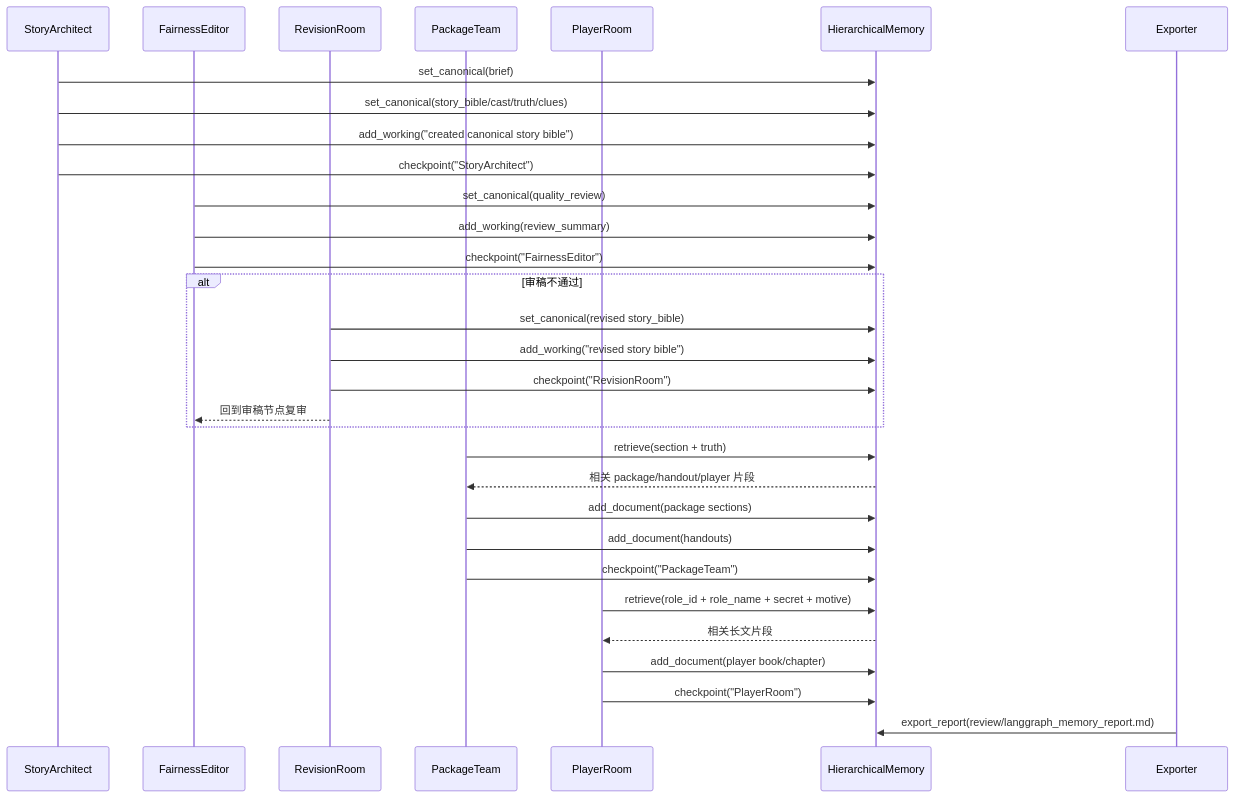
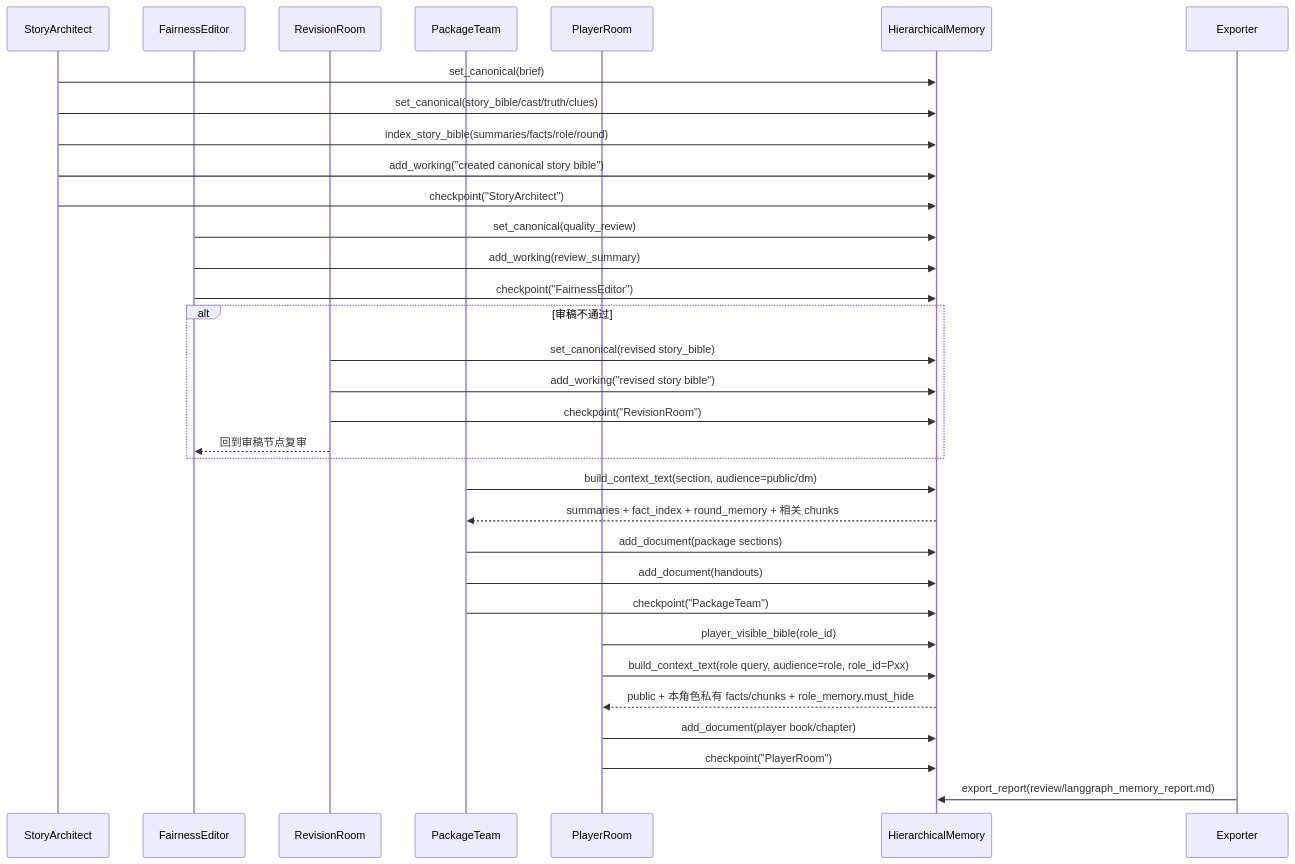
Before and after one commit to AmorFatiliwenjie/juben-sha-agent: the fifth of 7 diagrams in docs/TECHNICAL_FLOW.md, drawn with Mermaid. The commit also changed other lines of this file and 5 other files, not shown here.

````diff
--- a/docs/TECHNICAL_FLOW.md
+++ b/docs/TECHNICAL_FLOW.md
@@ -93,39 +151,41 @@
 ```mermaid
 sequenceDiagram
     participant A as StoryArchitect
     participant F as FairnessEditor
     participant R as RevisionRoom
     participant P as PackageTeam
     participant U as PlayerRoom
     participant M as HierarchicalMemory
     participant E as Exporter
 
     A->>M: set_canonical(brief)
     A->>M: set_canonical(story_bible/cast/truth/clues)
+    A->>M: index_story_bible(summaries/facts/role/round)
     A->>M: add_working("created canonical story bible")
     A->>M: checkpoint("StoryArchitect")
 
     F->>M: set_canonical(quality_review)
     F->>M: add_working(review_summary)
     F->>M: checkpoint("FairnessEditor")
 
     alt 审稿不通过
         R->>M: set_canonical(revised story_bible)
         R->>M: add_working("revised story bible")
         R->>M: checkpoint("RevisionRoom")
         R-->>F: 回到审稿节点复审
     end
 
-    P->>M: retrieve(section + truth)
-    M-->>P: 相关 package/handout/player 片段
+    P->>M: build_context_text(section, audience=public/dm)
+    M-->>P: summaries + fact_index + round_memory + 相关 chunks
     P->>M: add_document(package sections)
     P->>M: add_document(handouts)
     P->>M: checkpoint("PackageTeam")
 
-    U->>M: retrieve(role_id + role_name + secret + motive)
-    M-->>U: 相关长文片段
+    U->>M: player_visible_bible(role_id)
+    U->>M: build_context_text(role query, audience=role, role_id=Pxx)
+    M-->>U: public + 本角色私有 facts/chunks + role_memory.must_hide
     U->>M: add_document(player book/chapter)
     U->>M: checkpoint("PlayerRoom")
 
     E->>M: export_report(review/langgraph_memory_report.md)
 ```
````
